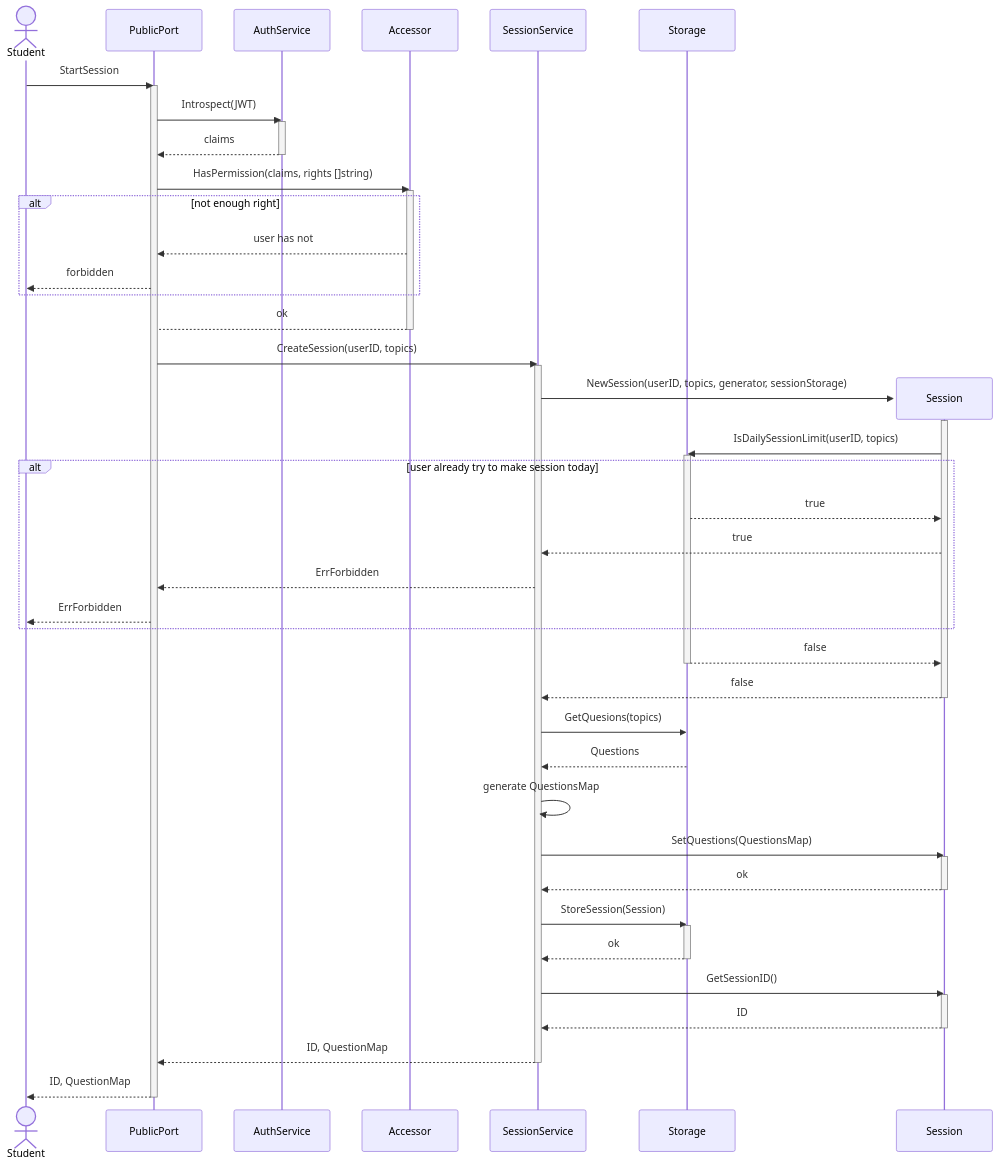
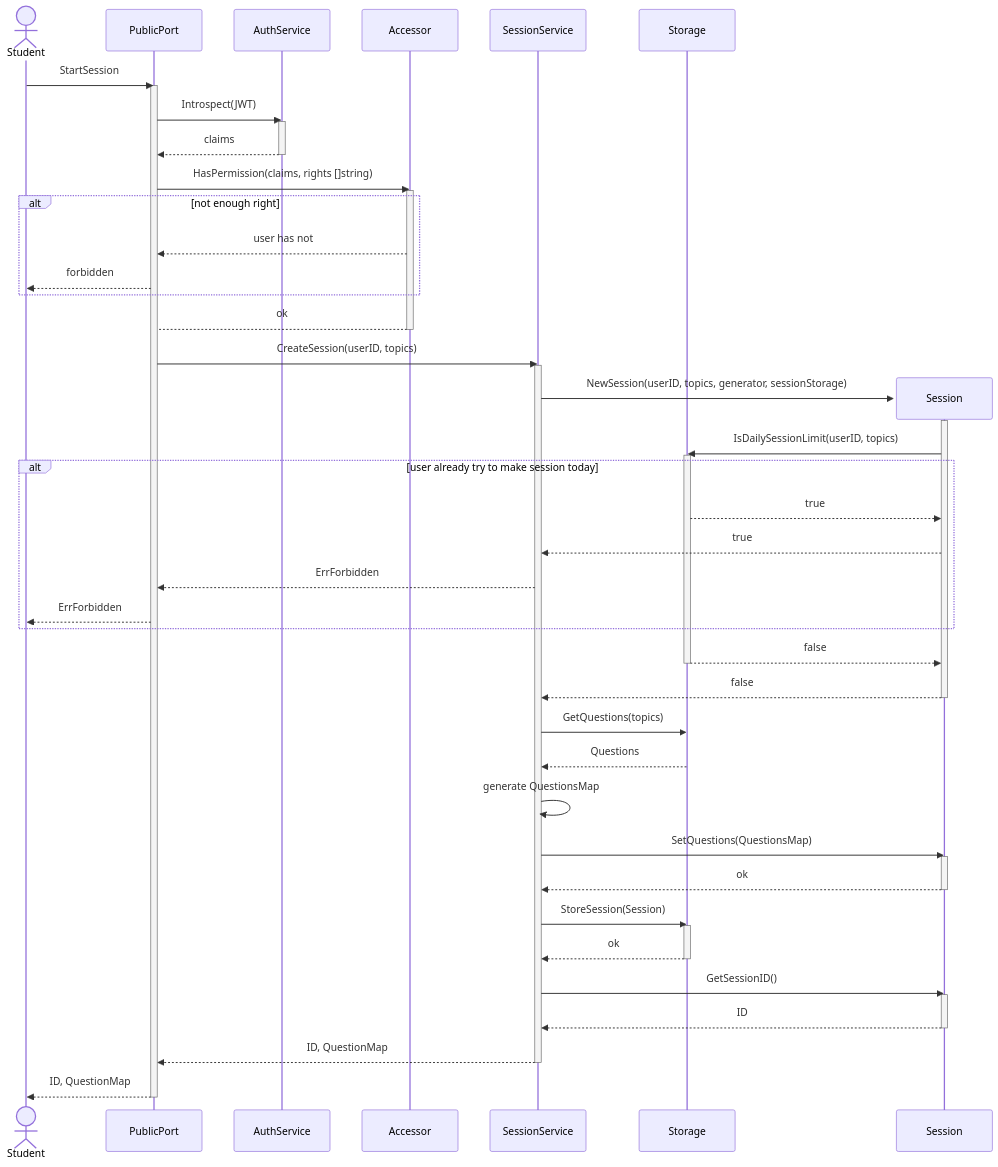
One commit to parta4ok/erudite changed the fourth of 6 diagrams in docs/question/docs.md. Above: the diagram before and after it, drawn with Mermaid. The commit also changed other lines of this file and 20 other files, not shown here.

````diff
--- a/docs/question/docs.md
+++ b/docs/question/docs.md
@@ -408,61 +408,61 @@
 ```mermaid
 sequenceDiagram
     actor S as Student
     participant P as PublicPort
     participant AU as AuthService
     participant AC as Accessor
     participant SS as SessionService
     participant PG as Storage
 
     S ->> P: StartSession
     activate P
     P ->> AU: Introspect(JWT)
     activate AU
     AU -->> P: claims
     deactivate AU
     P ->> AC: HasPermission(claims, rights []string)
     activate AC
     alt not enough right
         AC -->> P: user has not
         P -->> S: forbidden
     end
     AC --> P: ok
     deactivate AC
     P ->> SS: CreateSession(userID, topics)
     activate SS
     create participant Session 
     SS ->> Session: NewSession(userID, topics, generator, sessionStorage)
     activate Session
     Session ->> PG: IsDailySessionLimit(userID, topics)
     activate PG
     alt user already try to make session today
     PG -->> Session: true
     Session -->> SS: true
     SS -->> P: ErrForbidden
     P -->> S: ErrForbidden
     end
     PG -->> Session: false
     deactivate PG
     Session -->> SS: false
     deactivate Session
-    SS ->> PG: GetQuesions(topics)
+    SS ->> PG: GetQuestions(topics)
     PG -->> SS: Questions
     SS ->> SS: generate QuestionsMap
     SS ->> Session: SetQuestions(QuestionsMap)
     activate Session
     Session -->> SS: ok
     deactivate Session
     
     SS ->> PG: StoreSession(Session)
     activate PG
     PG -->> SS: ok
     deactivate PG
     SS ->> Session: GetSessionID()
     activate Session
     Session -->> SS: ID
     deactivate Session
     SS -->> P: ID, QuestionMap
     deactivate SS
     P -->> S: ID, QuestionMap
     deactivate P
 ```
````
